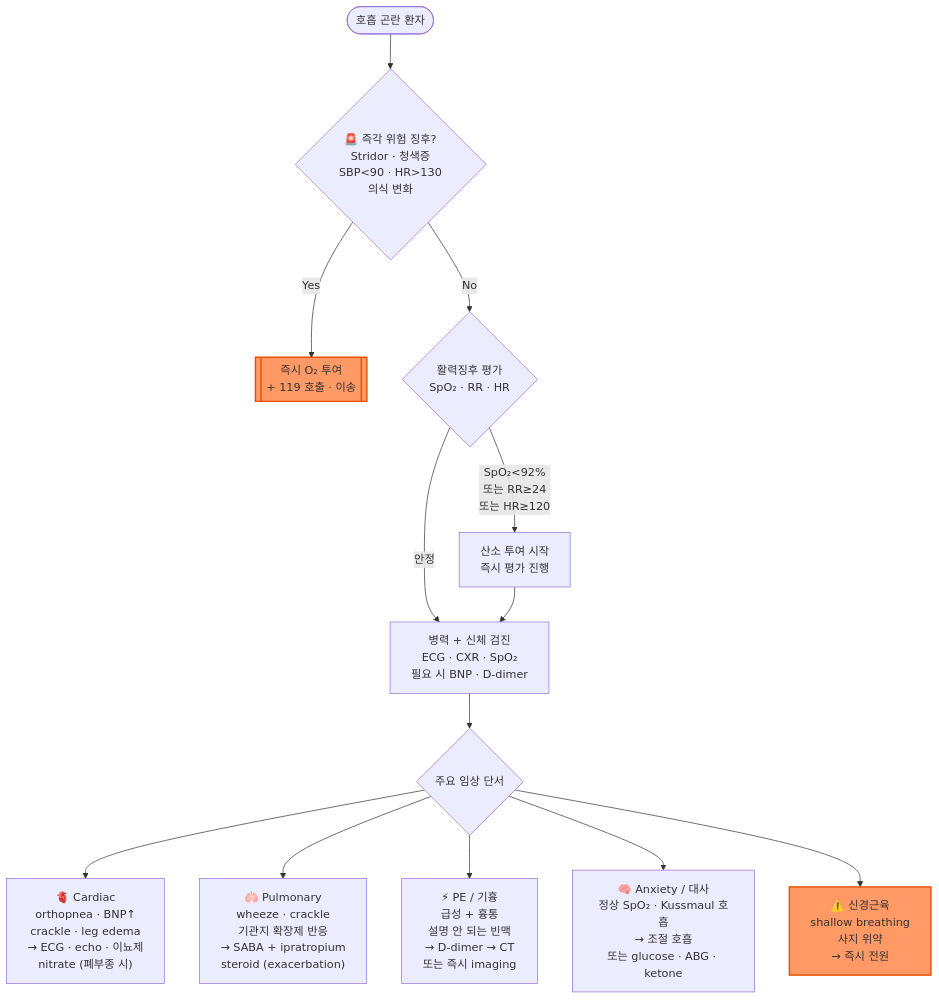
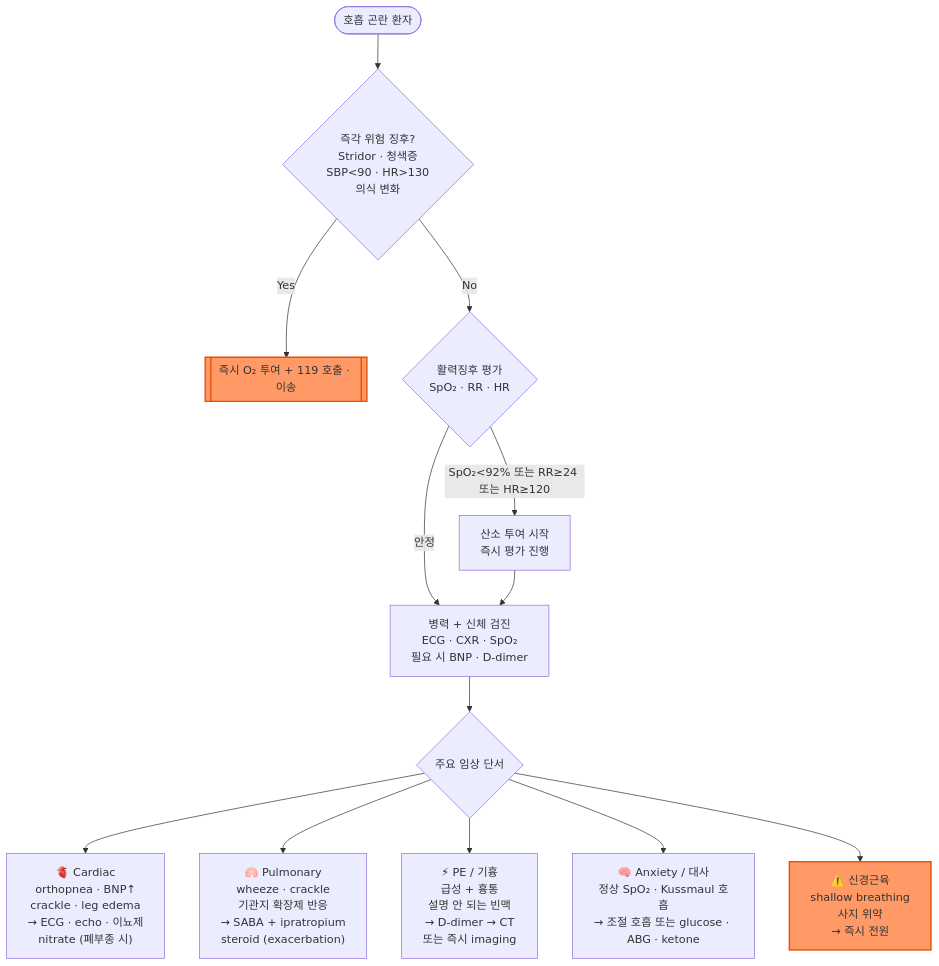
Before and after one commit to familyoh77/familyoh77: the diagram in 220_/007_-dyspnea.md, drawn with Mermaid. The commit also changed other lines of this file, not shown here.

````diff
--- a/220_/007_-dyspnea.md
+++ b/220_/007_-dyspnea.md
@@ -192,18 +180,18 @@
 ```mermaid
 graph TD
-    A([호흡 곤란 환자]) --> B{"🚨 즉각 위험 징후?\nStridor · 청색증\nSBP<90 · HR>130\n의식 변화"}
-    B -->|Yes| C[["즉시 O₂ 투여\n+ 119 호출 · 이송"]]
-    B -->|No| D{"활력징후 평가\nSpO₂ · RR · HR"}
-    D -->|SpO₂<92%\n또는 RR≥24\n또는 HR≥120| E["산소 투여 시작\n즉시 평가 진행"]
-    D -->|안정| F["병력 + 신체 검진\nECG · CXR · SpO₂\n필요 시 BNP · D-dimer"]
+    A([호흡 곤란 환자]) --> B{"즉각 위험 징후?<br/>Stridor · 청색증<br/>SBP<90 · HR>130<br/>의식 변화"}
+    B -->|Yes| C[["즉시 O₂ 투여 + 119 호출 · 이송"]]
+    B -->|No| D{"활력징후 평가<br/>SpO₂ · RR · HR"}
+    D -->|SpO₂<92% 또는 RR≥24 또는 HR≥120| E["산소 투여 시작<br/>즉시 평가 진행"]
+    D -->|안정| F["병력 + 신체 검진<br/>ECG · CXR · SpO₂<br/>필요 시 BNP · D-dimer"]
     E --> F
     F --> G{주요 임상 단서}
-    G --> H["🫀 Cardiac\northopnea · BNP↑\ncrackle · leg edema\n→ ECG · echo · 이뇨제\nnitrate (폐부종 시)"]
-    G --> I["🫁 Pulmonary\nwheeze · crackle\n기관지 확장제 반응\n→ SABA + ipratropium\nsteroid (exacerbation)"]
-    G --> J["⚡ PE / 기흉\n급성 + 흉통\n설명 안 되는 빈맥\n→ D-dimer → CT\n또는 즉시 imaging"]
-    G --> K["🧠 Anxiety / 대사\n정상 SpO₂ · Kussmaul 호흡\n→ 조절 호흡\n또는 glucose · ABG · ketone"]
-    G --> L["⚠️ 신경근육\nshallow breathing\n사지 위약\n→ 즉시 전원"]
+    G --> H["🫀 Cardiac<br/>orthopnea · BNP↑<br/>crackle · leg edema<br/>→ ECG · echo · 이뇨제<br/>nitrate (폐부종 시)"]
+    G --> I["🫁 Pulmonary<br/>wheeze · crackle<br/>기관지 확장제 반응<br/>→ SABA + ipratropium<br/>steroid (exacerbation)"]
+    G --> J["⚡ PE / 기흉<br/>급성 + 흉통<br/>설명 안 되는 빈맥<br/>→ D-dimer → CT<br/>또는 즉시 imaging"]
+    G --> K["🧠 Anxiety / 대사<br/>정상 SpO₂ · Kussmaul 호흡<br/>→ 조절 호흡 또는 glucose · ABG · ketone"]
+    G --> L["⚠️ 신경근육<br/>shallow breathing<br/>사지 위약<br/>→ 즉시 전원"]
 
     style C fill:#f96,stroke:#e65100,stroke-width:2px
     style L fill:#f96,stroke:#e65100,stroke-width:2px
 ```
````
